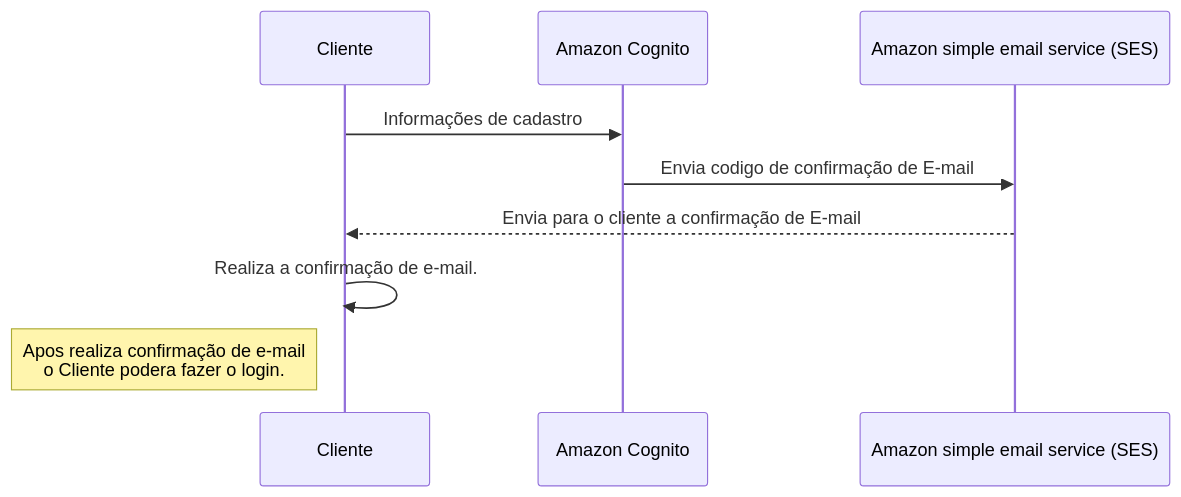
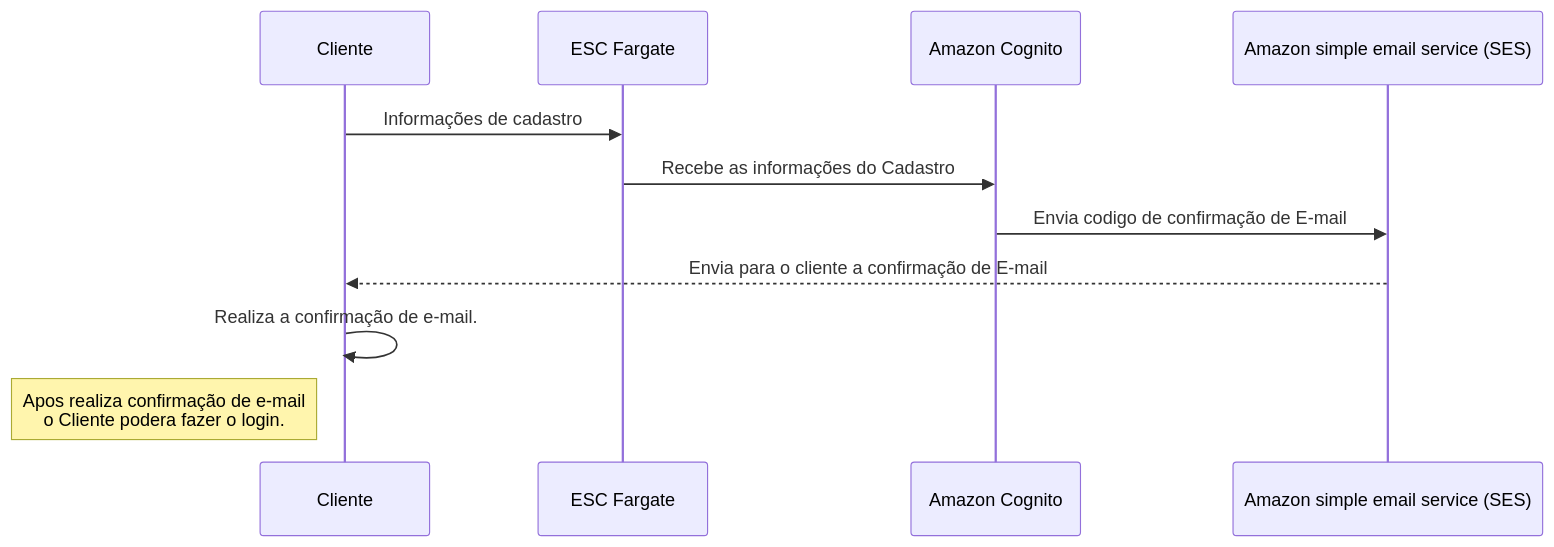
One commit to Gabrielfrahm/train-to-level-up changed the first of 2 diagrams in README.md. Above: the diagram before and after it, drawn with Mermaid. The commit also changed 35 other files, not shown here.

````diff
--- a/README.md
+++ b/README.md
@@ -11,12 +11,14 @@
 ```mermaid
 sequenceDiagram
     participant Cliente
+    participant Fargate as ESC Fargate
     participant Cognito as Amazon Cognito
     participant SES as Amazon simple email service (SES)
 
-    Cliente->>Cognito:  Informações de cadastro
+    Cliente->>Fargate:  Informações de cadastro
+    Fargate->>Cognito: Recebe as informações do Cadastro
     Cognito->>SES: Envia codigo de confirmação de E-mail
     SES-->>Cliente: Envia para o cliente a confirmação de E-mail
     Cliente->>Cliente: Realiza a confirmação de e-mail.
     note left of Cliente: Apos realiza confirmação de e-mail <br/> o Cliente podera fazer o login.
 ```
````
